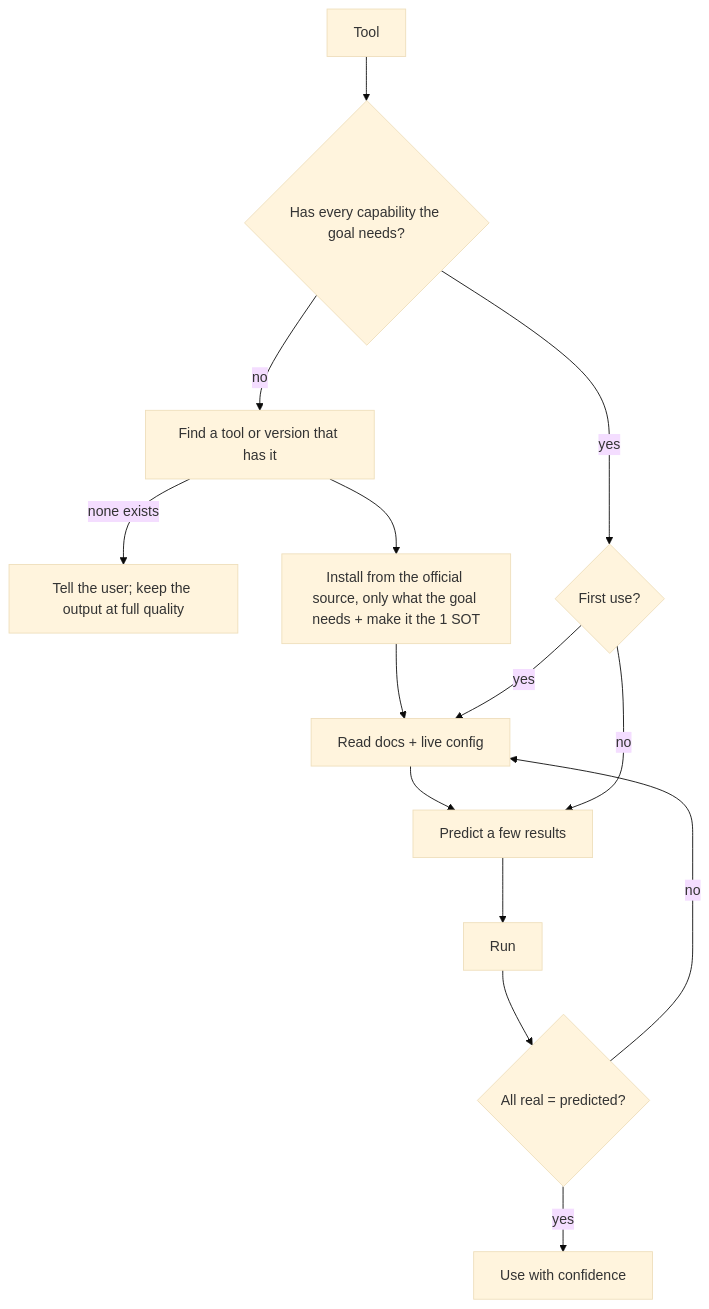
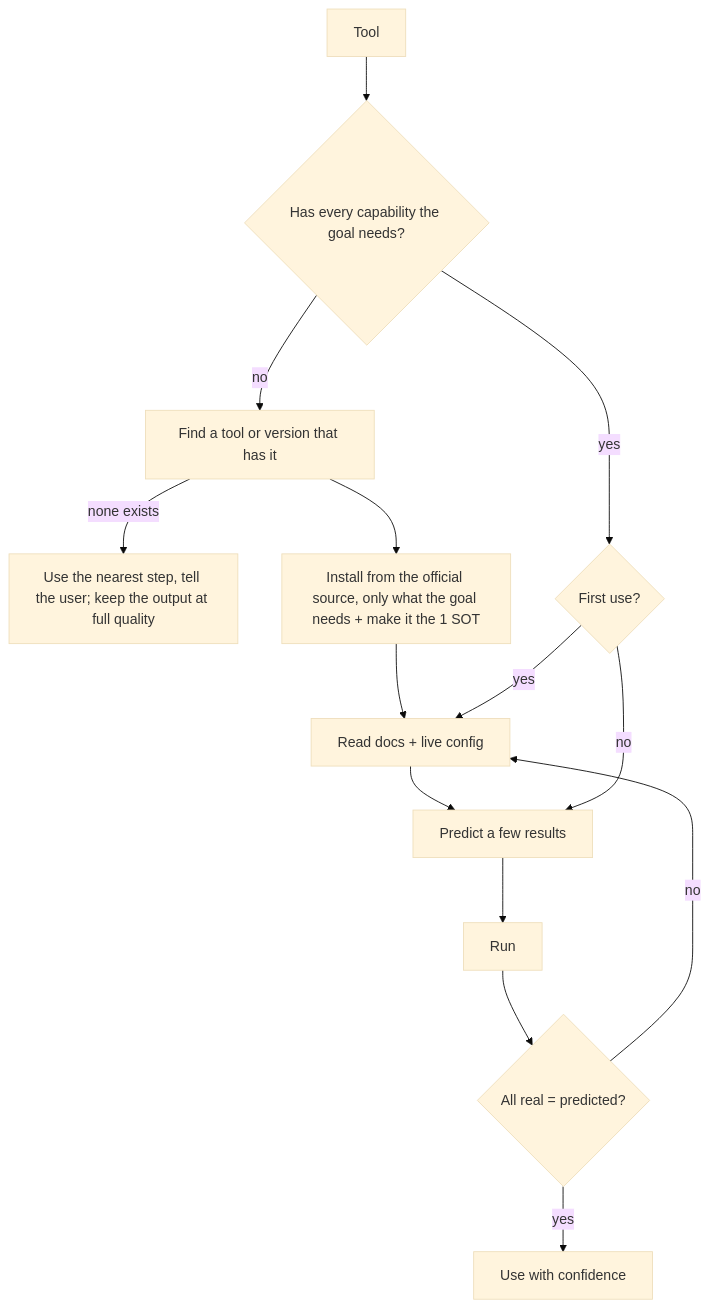
Before and after one commit to SolenixAI/arbiter: the fifth of 14 diagrams in AGENTS.md, drawn with Mermaid (base theme). The commit also changed other lines of this file, not shown here.

First line of the commit message:
docs(agents): visual quality goes to Impeccable Design; drop the redundant intro (#8)

````diff
--- a/AGENTS.md
+++ b/AGENTS.md
@@ -220,13 +215,13 @@
 ```mermaid
 flowchart TD
   T[Tool] --> H{Has every capability the goal needs?}
   H -->|no| F[Find a tool or version that has it]
-  F -->|none exists| X["Tell the user; keep the output at full quality"]
+  F -->|none exists| X["Use the nearest step, tell the user; keep the output at full quality"]
   F --> I[Install from the official source, only what the goal needs + make it the 1 SOT] --> D
   H -->|yes| FU{First use?}
   FU -->|yes| D[Read docs + live config] --> P[Predict a few results] --> R[Run]
   FU -->|no| P
   R --> C{All real = predicted?}
   C -->|no| D
   C -->|yes| U[Use with confidence]
 ```
````
